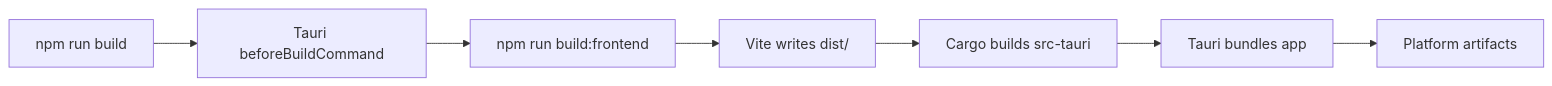
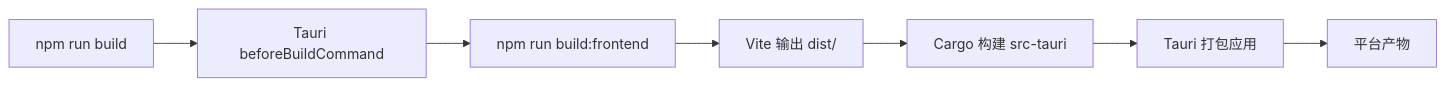
The second of 2 diagrams in README.md (ohyooo/DNSChecker), drawn with Mermaid before and after one commit. The commit also changed other lines of this file, not shown here.

````diff
--- a/README.md
+++ b/README.md
@@ -153,9 +155,9 @@
 ```mermaid
 flowchart LR
   A[npm run build] --> B[Tauri beforeBuildCommand]
   B --> C[npm run build:frontend]
-  C --> D[Vite writes dist/]
-  D --> E[Cargo builds src-tauri]
-  E --> F[Tauri bundles app]
-  F --> G[Platform artifacts]
+  C --> D[Vite 输出 dist/]
+  D --> E[Cargo 构建 src-tauri]
+  E --> F[Tauri 打包应用]
+  F --> G[平台产物]
 ```
````
